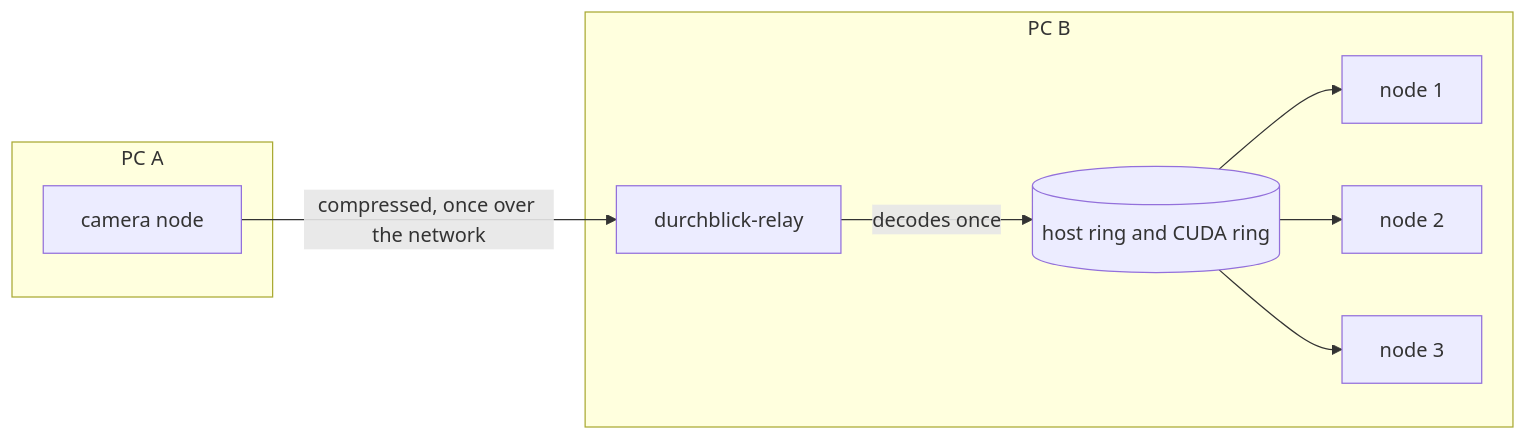
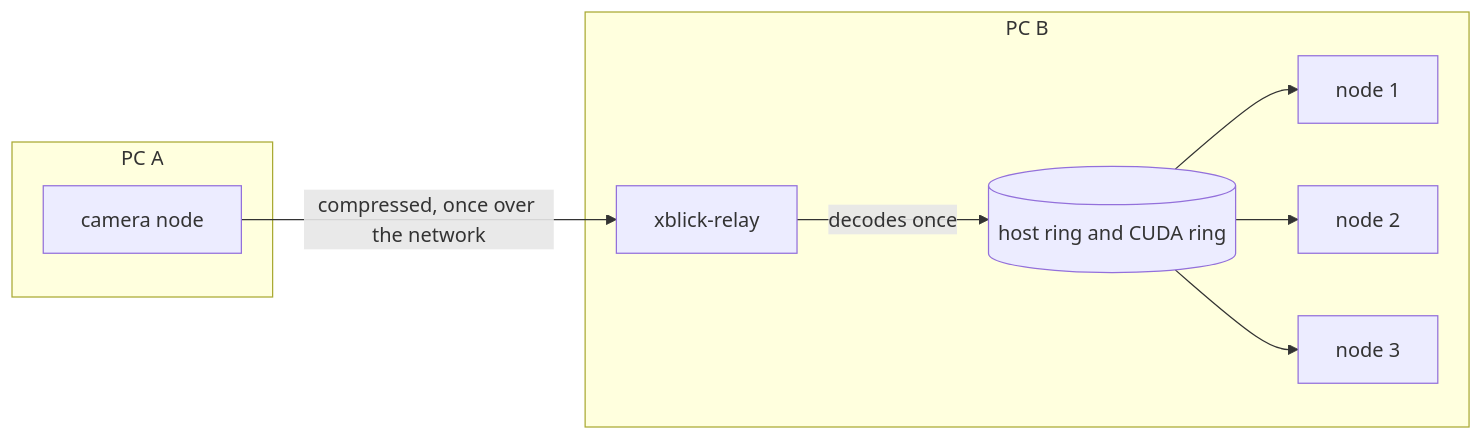
One commit to xblick/xblick-relay changed the diagram in README.md. Above: the diagram before and after it, drawn with Mermaid. The commit also changed other lines of this file and 19 other files, not shown here.

First line of the commit message:
Every name is xblick: xblick-relay 0.4.0 for Durchblick 0.5

````diff
--- a/README.md
+++ b/README.md
@@ -20,18 +20,18 @@
 ```mermaid
 flowchart LR
   subgraph A["PC A"]
     cam[camera node]
   end
   subgraph B["PC B"]
-    relay[durchblick-relay]
+    relay[xblick-relay]
     ring[("host ring and CUDA ring")]
     n1[node 1]
     n2[node 2]
     n3[node 3]
   end
   cam -- "compressed, once over the network" --> relay
   relay -- "decodes once" --> ring
   ring --> n1
   ring --> n2
   ring --> n3
 ```
````
